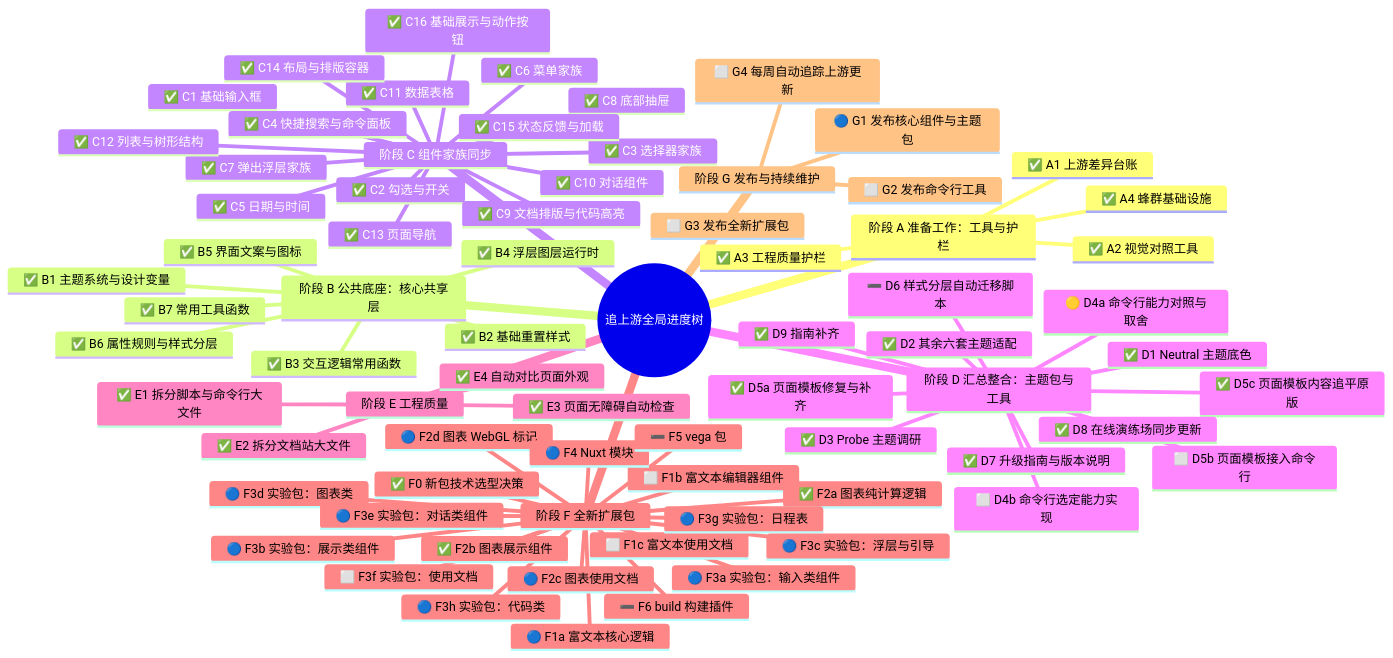
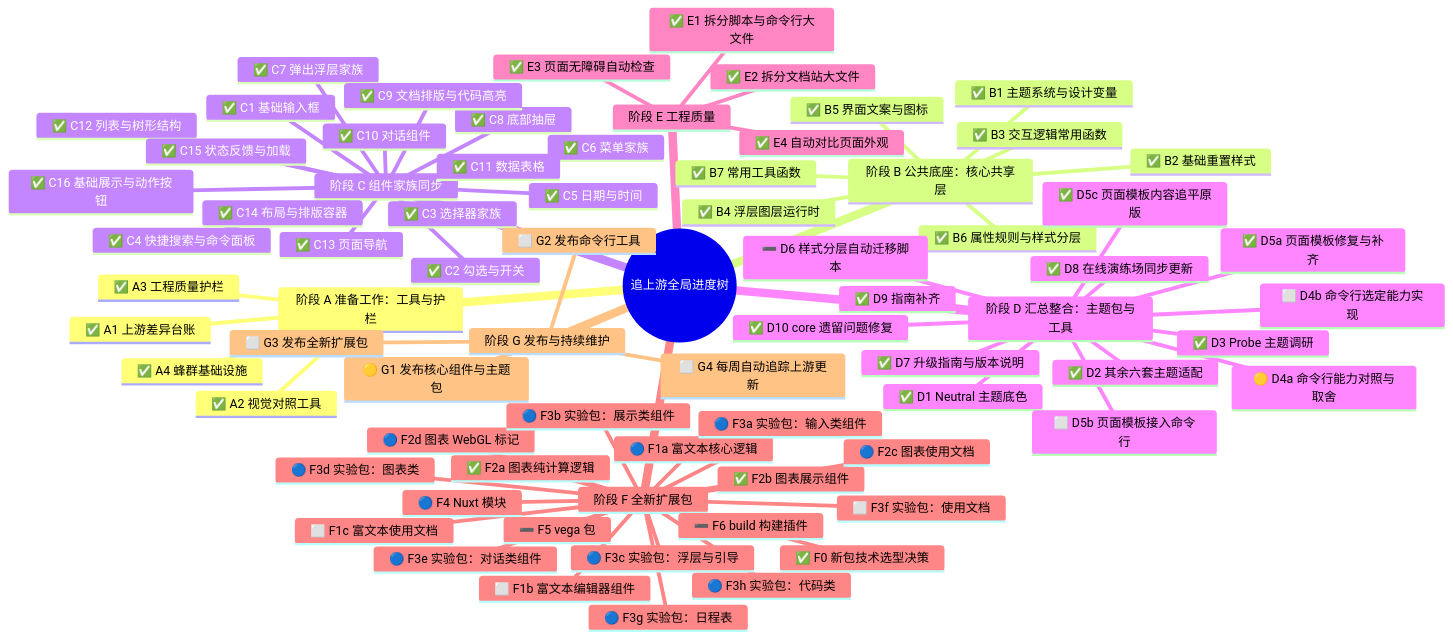
The first of 6 diagrams in .agents-work/upstream-sync-0.7.1/ROADMAP.md (astryx-vue/astryx-vue), drawn with Mermaid before and after one commit. The commit also changed other lines of this file and 5 other files, not shown here.

````diff
--- a/.agents-work/upstream-sync-0.7.1/ROADMAP.md
+++ b/.agents-work/upstream-sync-0.7.1/ROADMAP.md
@@ -8,77 +8,78 @@
 ```mermaid
 mindmap
   root((追上游全局进度树))
     阶段 A 准备工作：工具与护栏
       ✅ A1 上游差异台账
       ✅ A2 视觉对照工具
       ✅ A3 工程质量护栏
       ✅ A4 蜂群基础设施
     阶段 B 公共底座：核心共享层
       ✅ B1 主题系统与设计变量
       ✅ B2 基础重置样式
       ✅ B3 交互逻辑常用函数
       ✅ B4 浮层图层运行时
       ✅ B5 界面文案与图标
       ✅ B6 属性规则与样式分层
       ✅ B7 常用工具函数
     阶段 C 组件家族同步
       ✅ C1 基础输入框
       ✅ C2 勾选与开关
       ✅ C3 选择器家族
       ✅ C4 快捷搜索与命令面板
       ✅ C5 日期与时间
       ✅ C6 菜单家族
       ✅ C7 弹出浮层家族
       ✅ C8 底部抽屉
       ✅ C9 文档排版与代码高亮
       ✅ C10 对话组件
       ✅ C11 数据表格
       ✅ C12 列表与树形结构
       ✅ C13 页面导航
       ✅ C14 布局与排版容器
       ✅ C15 状态反馈与加载
       ✅ C16 基础展示与动作按钮
     阶段 D 汇总整合：主题包与工具
       ✅ D1 Neutral 主题底色
       ✅ D2 其余六套主题适配
       ✅ D3 Probe 主题调研
       🟡 D4a 命令行能力对照与取舍
       ⬜ D4b 命令行选定能力实现
       ✅ D5a 页面模板修复与补齐
       ⬜ D5b 页面模板接入命令行
       ✅ D5c 页面模板内容追平原版
       ➖ D6 样式分层自动迁移脚本
       ✅ D7 升级指南与版本说明
       ✅ D8 在线演练场同步更新
       ✅ D9 指南补齐
+      ✅ D10 core 遗留问题修复
     阶段 E 工程质量
       ✅ E1 拆分脚本与命令行大文件
       ✅ E2 拆分文档站大文件
       ✅ E3 页面无障碍自动检查
       ✅ E4 自动对比页面外观
     阶段 F 全新扩展包
       ✅ F0 新包技术选型决策
       🔵 F1a 富文本核心逻辑
       ⬜ F1b 富文本编辑器组件
       ⬜ F1c 富文本使用文档
       ✅ F2a 图表纯计算逻辑
       ✅ F2b 图表展示组件
       🔵 F2c 图表使用文档
       🔵 F2d 图表 WebGL 标记
       🔵 F3a 实验包：输入类组件
       🔵 F3b 实验包：展示类组件
       🔵 F3g 实验包：日程表
       🔵 F3c 实验包：浮层与引导
       🔵 F3d 实验包：图表类
       🔵 F3h 实验包：代码类
       🔵 F3e 实验包：对话类组件
       ⬜ F3f 实验包：使用文档
       🔵 F4 Nuxt 模块
       ➖ F5 vega 包
       ➖ F6 build 构建插件
     阶段 G 发布与持续维护
-      🔵 G1 发布核心组件与主题包
+      🟡 G1 发布核心组件与主题包
       ⬜ G2 发布命令行工具
       ⬜ G3 发布全新扩展包
       ⬜ G4 每周自动追踪上游更新
 ```
````
